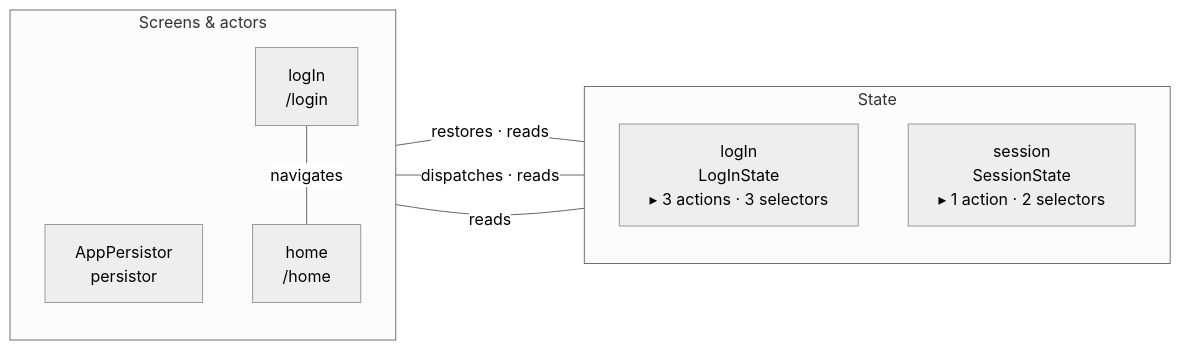
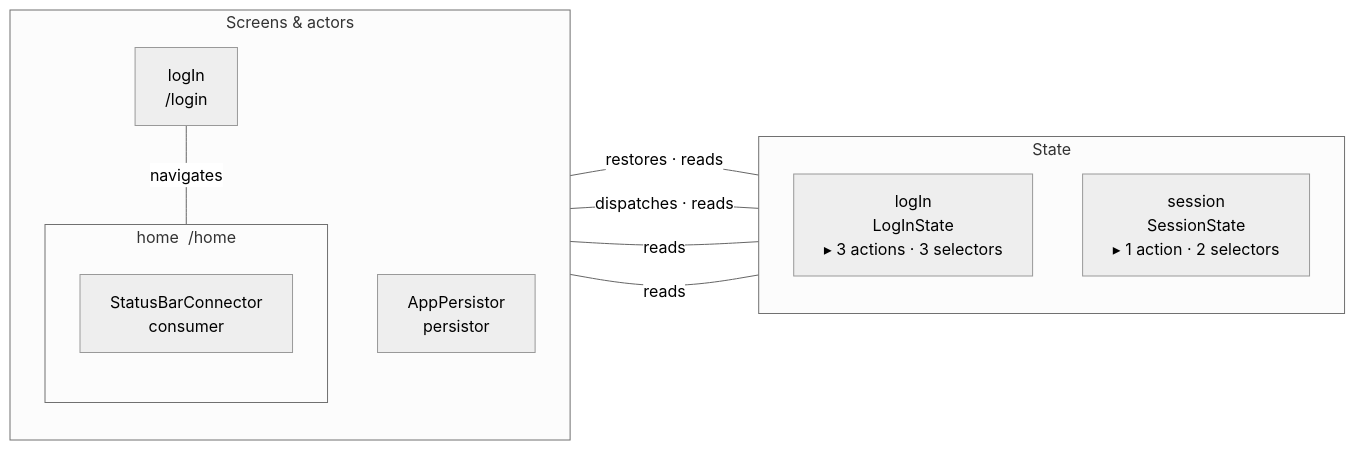
The first of 3 diagrams in tools/vscode/README.md (pro100andrey/flutter_redux_templates), drawn with Mermaid (neutral theme) before and after one commit. The commit also changed other lines of this file and 135 other files, not shown here.

````diff
--- a/tools/vscode/README.md
+++ b/tools/vscode/README.md
@@ -449,20 +449,24 @@
 ```mermaid
 flowchart LR
     subgraph screens["Screens &amp; actors"]
         direction TB
         persistor["AppPersistor<br>persistor"]
         pLogIn["logIn<br>/login"]
-        pHome["home<br>/home"]
+        subgraph pHome["home &nbsp;/home"]
+            direction TB
+            cBar["StatusBarConnector<br>consumer"]
+        end
     end
 
     subgraph state["State"]
         direction TB
         sLogIn["logIn<br>LogInState<br>▸ 3 actions · 3 selectors"]
         sSession["session<br>SessionState<br>▸ 1 action · 2 selectors"]
     end
 
     persistor ---|"restores · reads"| sLogIn
     pLogIn ---|"dispatches · reads"| sLogIn
     pLogIn ---|"reads"| sSession
     pLogIn ---|"navigates"| pHome
+    cBar ---|"reads"| sSession
 ```
````
